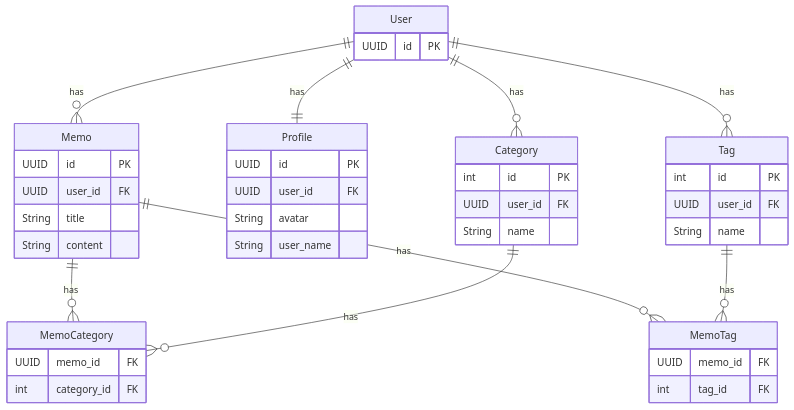
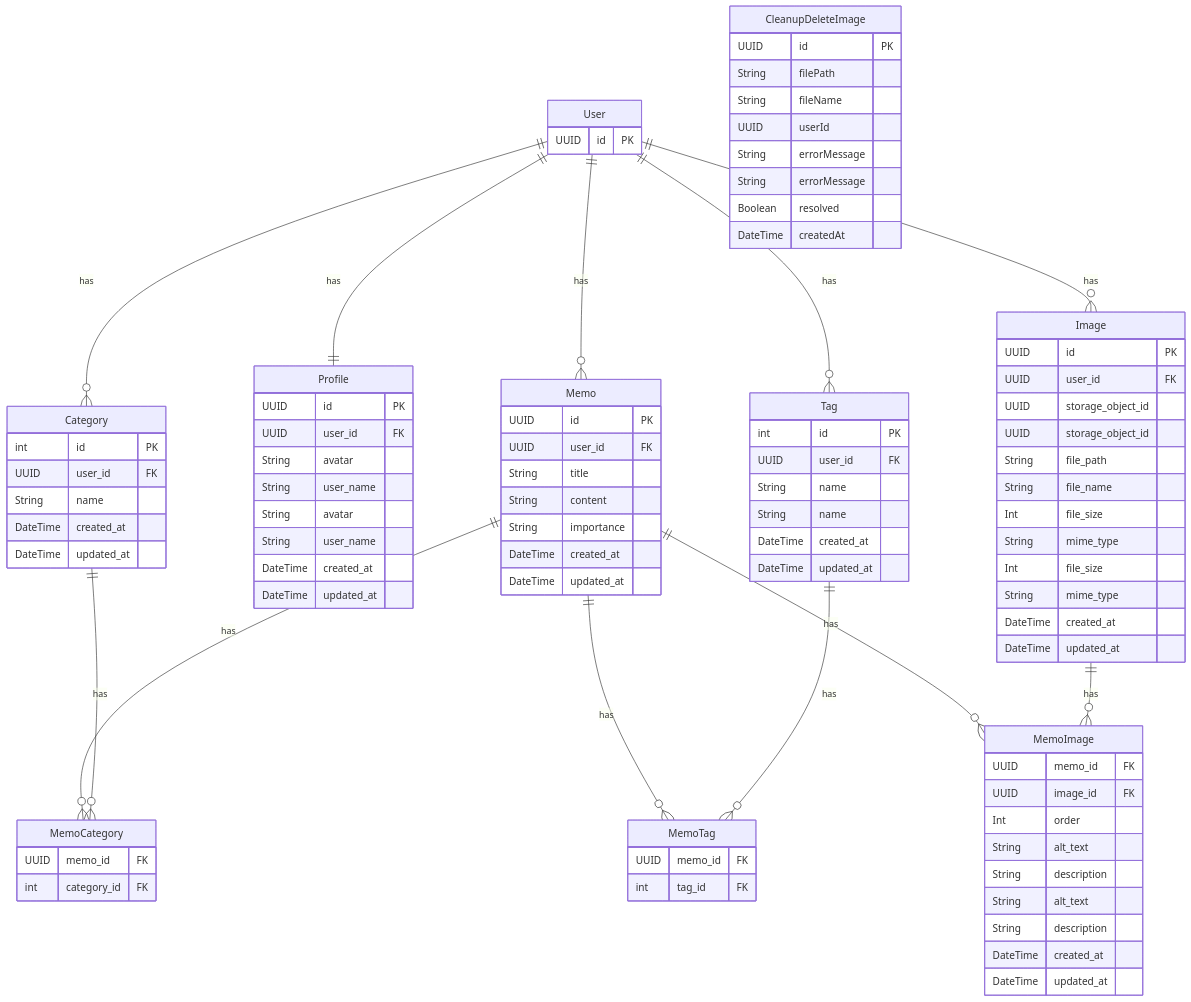
The second of 2 diagrams in README.md (k-gitest/react-spa-architecture), drawn with Mermaid before and after one commit.

Commit message:
68th commit

````diff
--- a/README.md
+++ b/README.md
@@ -136,11 +136,15 @@
   User ||--|| Profile : has
   User ||--o{ Category : has
   User ||--o{ Tag : has
+  User ||--o{ Image : has
 
   Memo ||--o{ MemoCategory : has
   Memo ||--o{ MemoTag : has
+  Memo ||--o{ MemoImage : has
+
   Category ||--o{ MemoCategory : has
   Tag ||--o{ MemoTag : has
+  Image ||--o{ MemoImage : has
 
   User {
     UUID id PK
@@ -151,6 +155,10 @@
     UUID user_id FK
     String avatar
     String user_name
+    String avatar
+    String user_name
+    DateTime created_at
+    DateTime updated_at
   }
 
   Memo {
@@ -158,18 +166,17 @@
     UUID user_id FK
     String title
     String content
+    String importance
+    DateTime created_at
+    DateTime updated_at
   }
 
   Category {
     int id PK
     UUID user_id FK
     String name
-  }
-
-  Tag {
-    int id PK
-    UUID user_id FK
-    String name
+    DateTime created_at
+    DateTime updated_at
   }
 
   MemoCategory {
@@ -177,8 +184,55 @@
     int category_id FK
   }
 
+  Tag {
+    int id PK
+    UUID user_id FK
+    String name
+    String name
+    DateTime created_at
+    DateTime updated_at
+  }
+
   MemoTag {
     UUID memo_id FK
     int tag_id FK
   }
+
+  Image {
+    UUID id PK
+    UUID user_id FK
+    UUID storage_object_id
+    UUID storage_object_id
+    String file_path
+    String file_name
+    Int file_size
+    String mime_type
+    Int file_size
+    String mime_type
+    DateTime created_at
+    DateTime updated_at
+  }
+
+  MemoImage {
+    UUID memo_id FK
+    UUID image_id FK
+    Int order
+    String alt_text
+    String description
+    String alt_text
+    String description
+    DateTime created_at
+    DateTime updated_at
+  }
+
+  CleanupDeleteImage {
+    UUID id PK
+    String filePath
+    String fileName
+    UUID userId
+    String errorMessage
+    String errorMessage
+    Boolean resolved
+    DateTime createdAt
+  }
 ```
````
